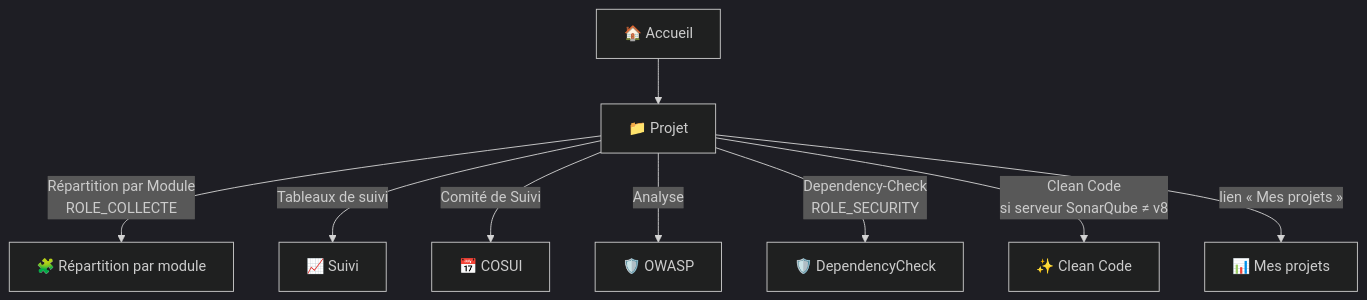
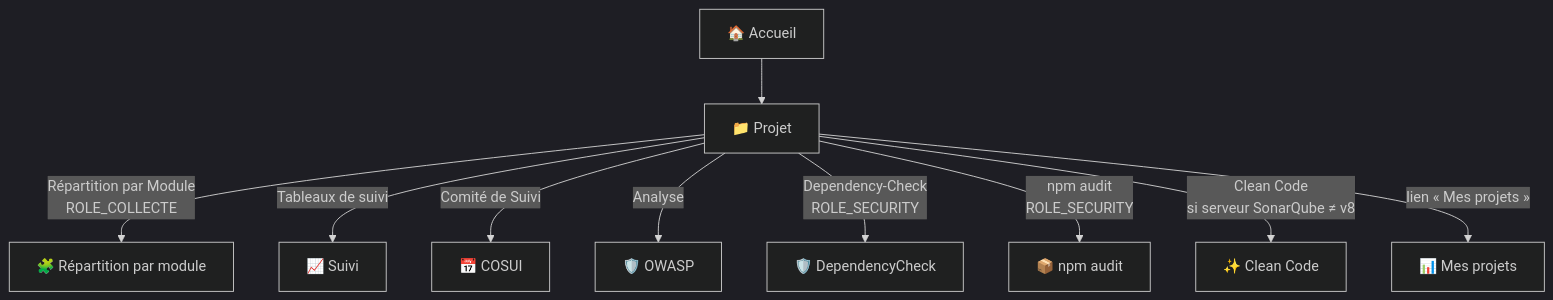
The first of 4 diagrams in mkDocs/docs/ma-moulinette/application/projet.md (Laurent-hadjadj/ma-moulinette), drawn with Mermaid (dark theme) before and after one commit. The commit also changed other lines of this file and 4 other files, not shown here.

````diff
--- a/mkDocs/docs/ma-moulinette/application/projet.md
+++ b/mkDocs/docs/ma-moulinette/application/projet.md
@@ -10,11 +10,12 @@
 ```mermaid
 flowchart TD
     Home[🏠 Accueil] --> Proj[📁 Projet]
     Proj -->|"Répartition par Module"<br/>ROLE_COLLECTE| Repart[🧩 Répartition par module]
     Proj -->|"Tableaux de suivi"| Suivi[📈 Suivi]
     Proj -->|"Comité de Suivi"| Cosui[📅 COSUI]
     Proj -->|"Analyse"| Owasp[🛡️ OWASP]
     Proj -->|"Dependency-Check"<br/>ROLE_SECURITY| DC[🛡️ DependencyCheck]
+    Proj -->|"npm audit"<br/>ROLE_SECURITY| NpmAudit[📦 npm audit]
     Proj -->|"Clean Code"<br/>si serveur SonarQube ≠ v8| CC[✨ Clean Code]
     Proj -->|"lien « Mes projets »"| MesProj[📊 Mes projets]
 ```
````
